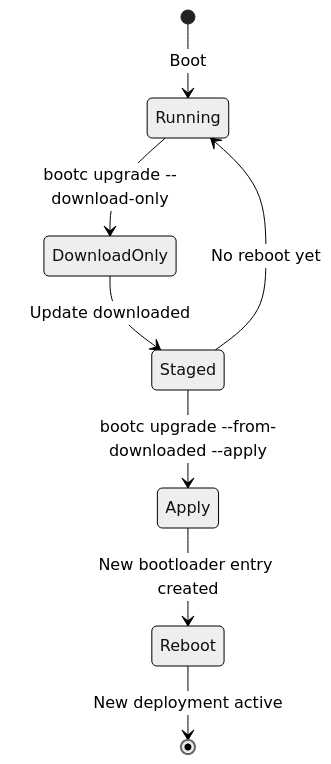
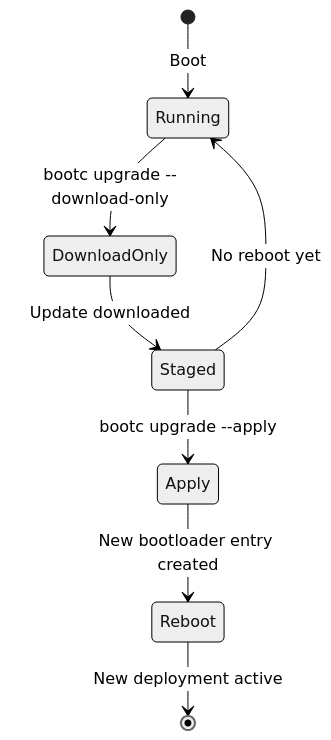
Before and after one commit to duyhenryer/bootc-testboot: the fifth of 7 diagrams in docs/project/001-architecture-overview.md, drawn with Mermaid (neutral theme). The commit also changed other lines of this file and 9 other files, not shown here.

````diff
--- a/docs/project/001-architecture-overview.md
+++ b/docs/project/001-architecture-overview.md
@@ -227,10 +228,10 @@
 ```mermaid
 stateDiagram-v2
     [*] --> Running: Boot
     Running --> DownloadOnly: bootc upgrade --download-only
     DownloadOnly --> Staged: Update downloaded
     Staged --> Running: No reboot yet
-    Staged --> Apply: bootc upgrade --from-downloaded --apply
+    Staged --> Apply: bootc upgrade --apply
     Apply --> Reboot: New bootloader entry created
     Reboot --> [*]: New deployment active
 ```
````
